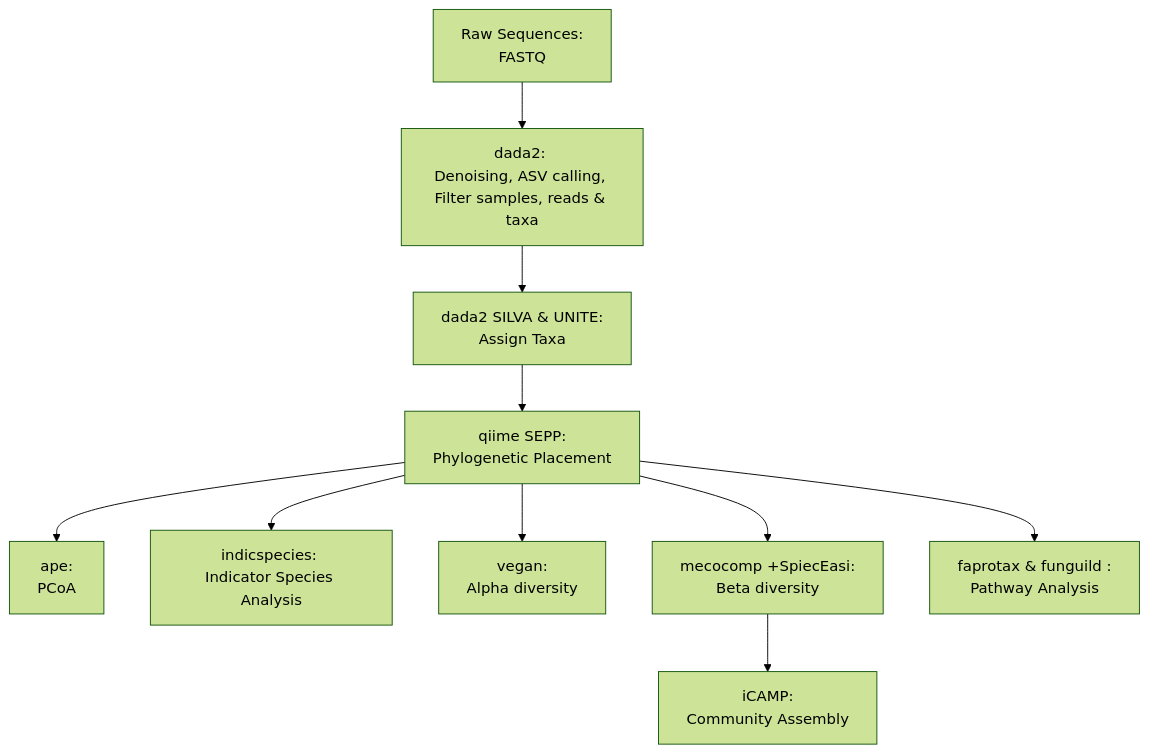
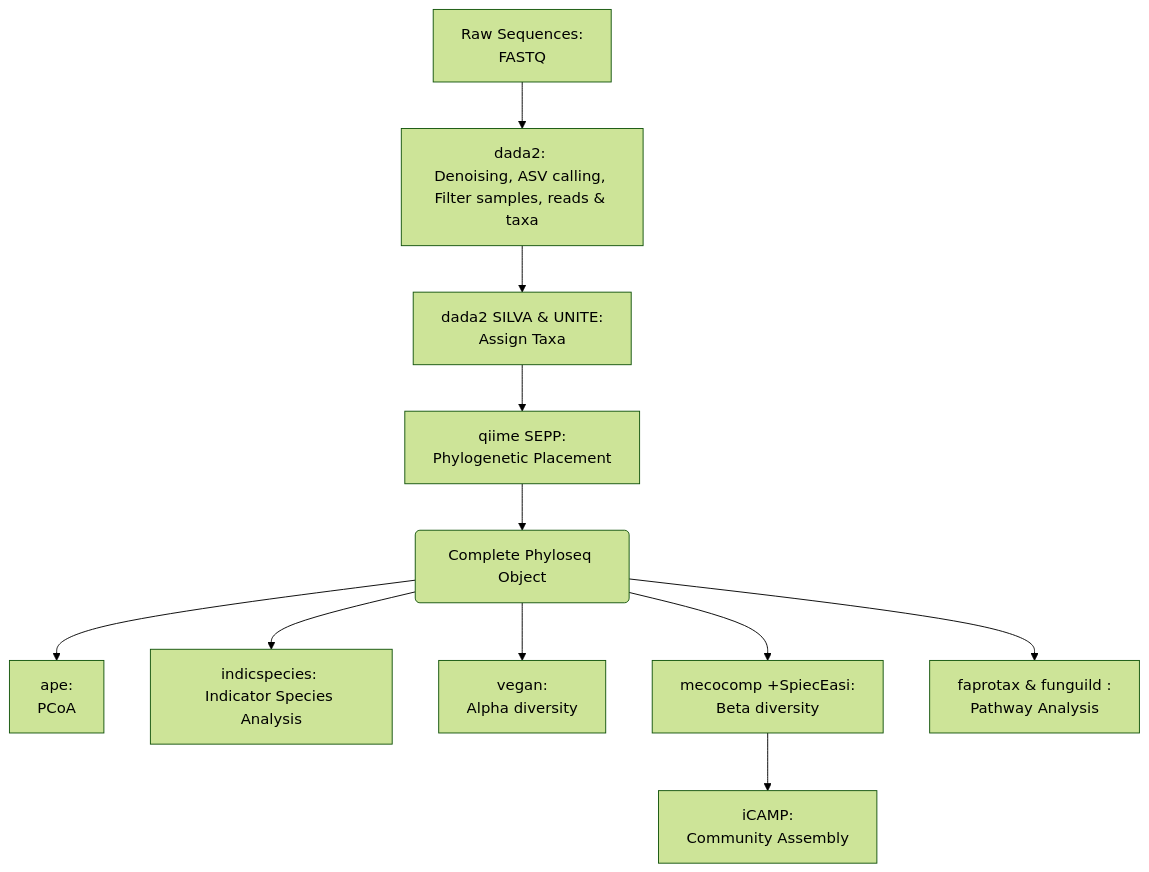
The first of 2 diagrams in README.md (dbioinfo/drhizo), drawn with Mermaid (forest theme) before and after one commit. The commit also changed other lines of this file, not shown here.

````diff
--- a/README.md
+++ b/README.md
@@ -8,12 +8,13 @@
 ```mermaid
 graph TB;
     A[Raw Sequences: \nFASTQ] --> B[dada2: \nDenoising, ASV calling, \nFilter samples, reads & taxa];
     B --> C[dada2 SILVA & UNITE: \nAssign Taxa];
-    C --> D[qiime SEPP: \nPhylogenetic Placement];
+    C --> K[qiime SEPP: \nPhylogenetic Placement];
+    K --> D(Complete Phyloseq Object);
     D --> H[ape: \nPCoA];
     D --> G[indicspecies: \nIndicator Species Analysis];
     D --> J[vegan: \nAlpha diversity];
     D --> E[mecocomp +SpiecEasi: \nBeta diversity];
     E --> F[iCAMP: \nCommunity Assembly];
     D --> I[faprotax & funguild : \nPathway Analysis];
 ```
````
